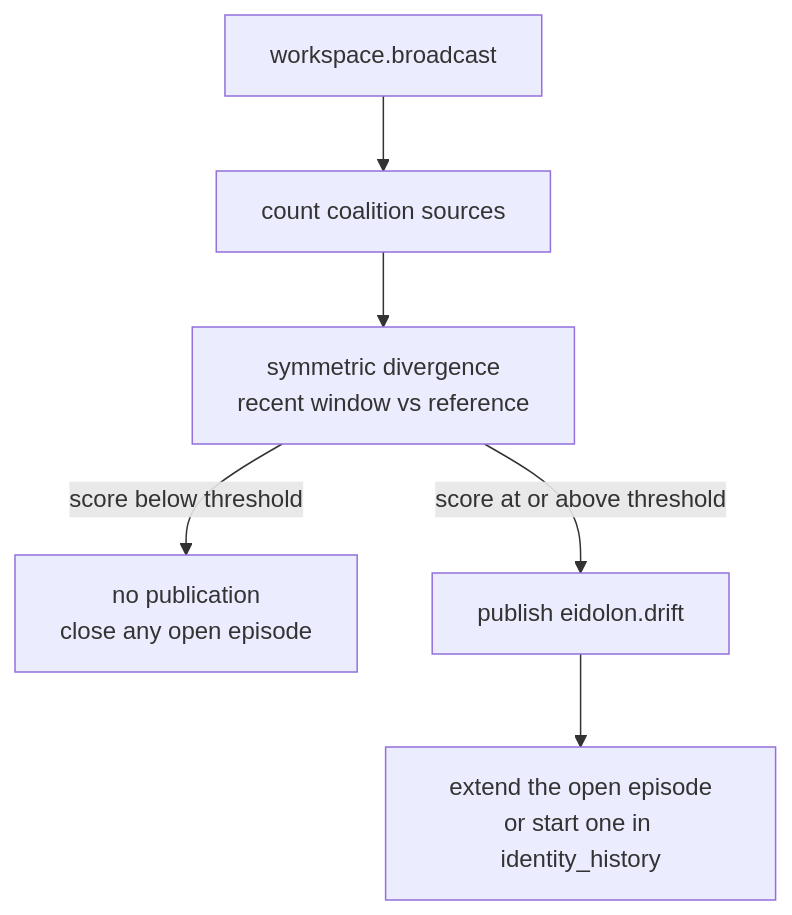
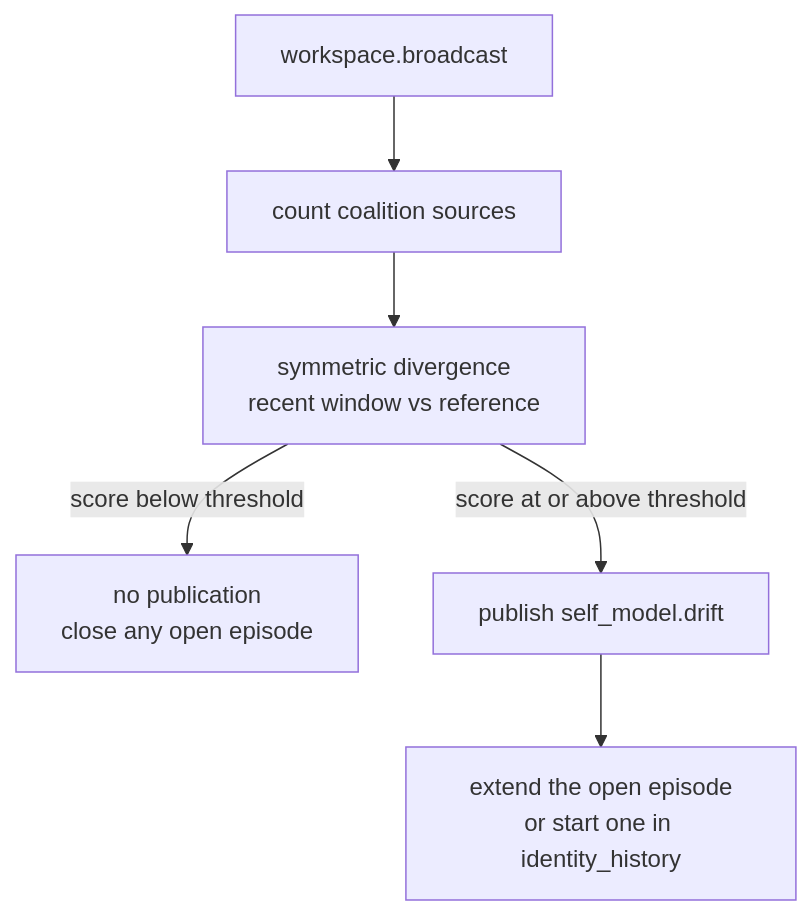
One commit to kaineone/kaine changed the diagram in docs/09-modules/self-model.md. Above: the diagram before and after it, drawn with Mermaid. The commit also changed other lines of this file and 967 other files, not shown here.

````diff
--- a/docs/09-modules/self-model.md
+++ b/docs/09-modules/self-model.md
@@ -78,8 +78,8 @@
 ```mermaid
 flowchart TD
     WS[workspace.broadcast] --> OBS[count coalition sources]
     OBS --> KL[symmetric divergence\nrecent window vs reference]
     KL -- score below threshold --> CLOSE[no publication\nclose any open episode]
-    KL -- score at or above threshold --> DRIFT[publish eidolon.drift]
+    KL -- score at or above threshold --> DRIFT[publish self_model.drift]
     DRIFT --> HIST[extend the open episode\nor start one in identity_history]
 ```
````
